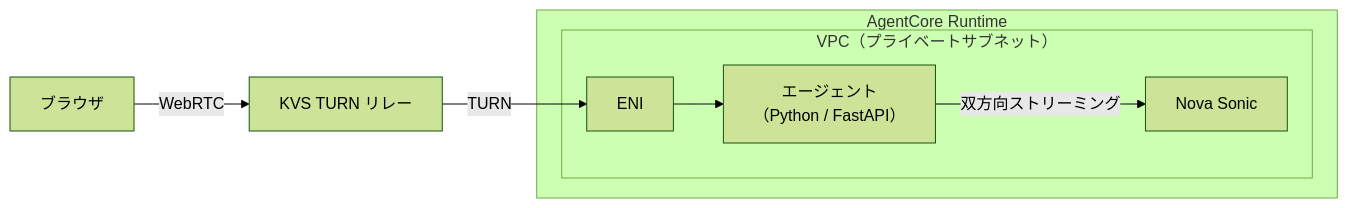
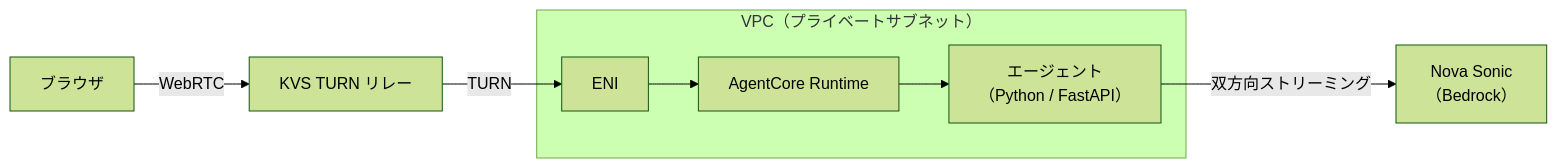
Before and after one commit to shinyaz/shinyaz.com: the diagram in content/posts/ja/bedrock-agentcore-webrtc-voice-agent.mdx, drawn with Mermaid (forest theme). The commit also changed 1 other file, not shown here.

Commit message:
docs: update architecture diagram for bedrock-agentcore-webrtc-voice-agent

````diff
--- a/content/posts/ja/bedrock-agentcore-webrtc-voice-agent.mdx
+++ b/content/posts/ja/bedrock-agentcore-webrtc-voice-agent.mdx
@@ -33,12 +33,10 @@
 ```mermaid
 graph LR
     Browser["ブラウザ"] -->|WebRTC| KVS["KVS TURN リレー"]
-    KVS -->|TURN| ENI["ENI"]
+    KVS -->|TURN| ENI
     subgraph VPC["VPC（プライベートサブネット）"]
-        ENI --> Agent["エージェント\n（Python / FastAPI）"]
-        Agent -->|双方向ストリーミング| Nova["Nova Sonic"]
+        ENI --> AgentCore["AgentCore Runtime"]
+        AgentCore --> Agent["エージェント\n（Python / FastAPI）"]
     end
-    subgraph AgentCore["AgentCore Runtime"]
-        VPC
-    end
+    Agent -->|双方向ストリーミング| Nova["Nova Sonic\n（Bedrock）"]
 ```
````
